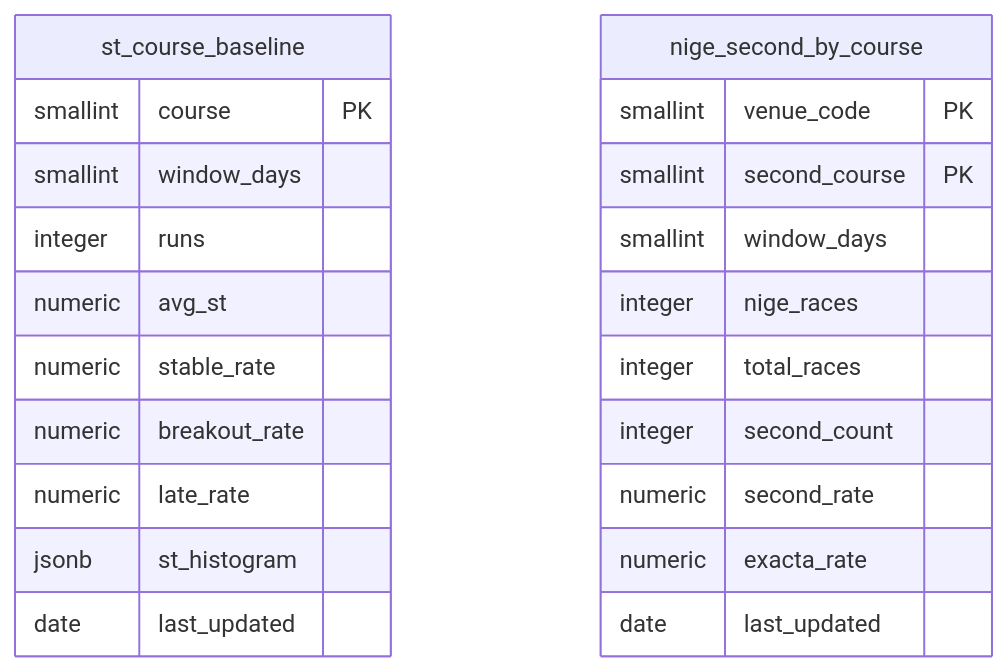
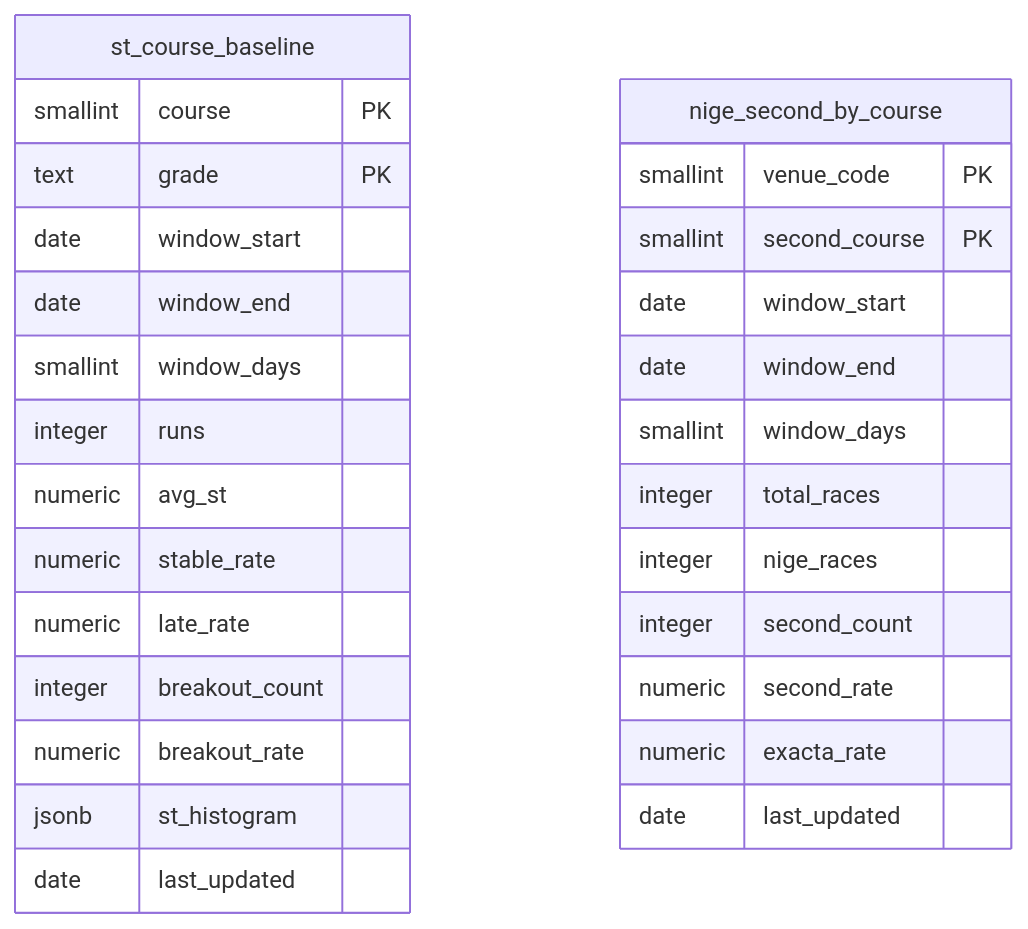
One commit to rhapsody0919/boatrace-ai-predictor changed the diagram in docs/design/analysis-visualization-upgrade/plan.md. Above: the diagram before and after it, drawn with Mermaid. The commit also changed other lines of this file and 6 other files, not shown here.

````diff
--- a/docs/design/analysis-visualization-upgrade/plan.md
+++ b/docs/design/analysis-visualization-upgrade/plan.md
@@ -85,25 +96,31 @@
 ```mermaid
 erDiagram
     st_course_baseline {
         smallint course PK
+        text grade PK
+        date window_start
+        date window_end
         smallint window_days
         integer runs
         numeric avg_st
         numeric stable_rate
+        numeric late_rate
+        integer breakout_count
         numeric breakout_rate
-        numeric late_rate
         jsonb st_histogram
         date last_updated
     }
     nige_second_by_course {
         smallint venue_code PK
         smallint second_course PK
+        date window_start
+        date window_end
         smallint window_days
+        integer total_races
         integer nige_races
-        integer total_races
         integer second_count
         numeric second_rate
         numeric exacta_rate
         date last_updated
     }
 ```
````
